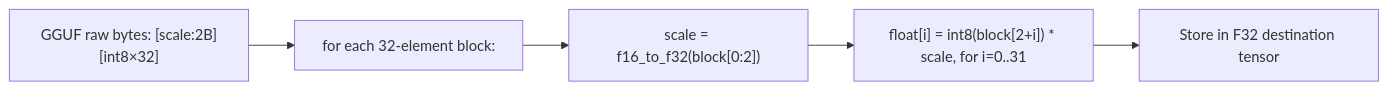
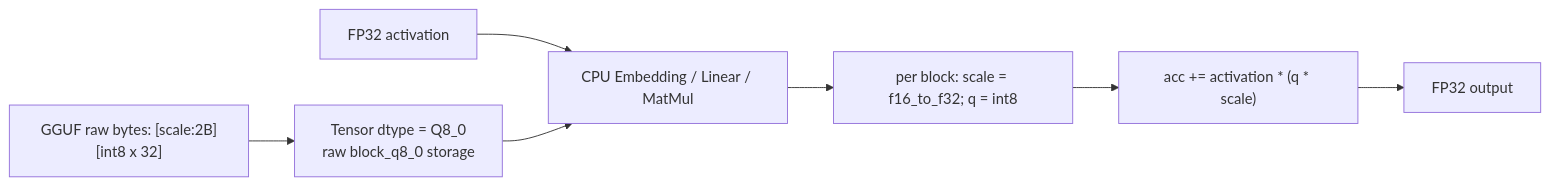
Before and after one commit to plutoaac/llmengine: the fifth of 6 diagrams in docs/runtime_flows.md, drawn with Mermaid. The commit also changed other lines of this file and 13 other files, not shown here.

````diff
--- a/docs/runtime_flows.md
+++ b/docs/runtime_flows.md
@@ -98,7 +107,9 @@
-```mermaid  
+```mermaid
 flowchart LR
-    RawBytes["GGUF raw bytes: [scale:2B][int8×32]"] --> DeqLoop["for each 32-element block:"]
-    DeqLoop --> DecodeScale["scale = f16_to_f32(block[0:2])"]
-    DecodeScale --> DecodeVal["float[i] = int8(block[2+i]) * scale, for i=0..31"]
-    DecodeVal --> StoreF32["Store in F32 destination tensor"]
+    RawBytes["GGUF raw bytes: [scale:2B][int8 x 32]"] --> StoreQ8["Tensor dtype = Q8_0\nraw block_q8_0 storage"]
+    Act["FP32 activation"] --> Kernel["CPU Embedding / Linear / MatMul"]
+    StoreQ8 --> Kernel
+    Kernel --> BlockLoop["per block: scale = f16_to_f32; q = int8"]
+    BlockLoop --> Dot["acc += activation * (q * scale)"]
+    Dot --> Out["FP32 output"]
 ```
````
